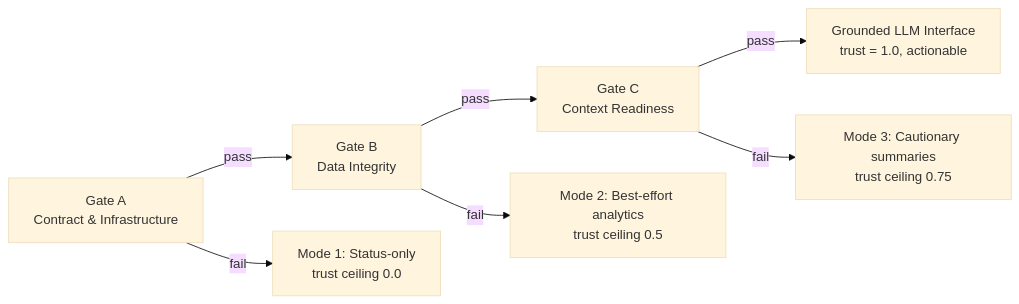
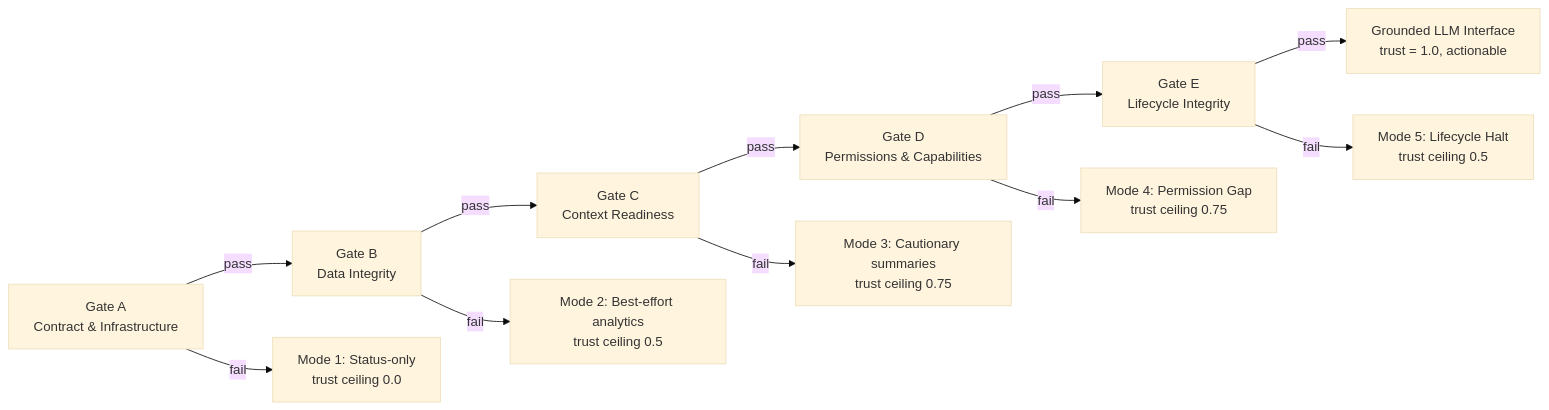
Before and after one commit to brunel-opensim/homepot-client: the diagram in docs/ai-validation-gates.md, drawn with Mermaid (base theme). The commit also changed other lines of this file and 6 other files, not shown here.

````diff
--- a/docs/ai-validation-gates.md
+++ b/docs/ai-validation-gates.md
@@ -20,9 +20,13 @@
 ```mermaid
 flowchart LR
     A[Gate A<br/>Contract & Infrastructure] -->|pass| B[Gate B<br/>Data Integrity]
     B -->|pass| C[Gate C<br/>Context Readiness]
-    C -->|pass| G[Grounded LLM Interface<br/>trust = 1.0, actionable]
+    C -->|pass| D[Gate D<br/>Permissions & Capabilities]
+    D -->|pass| E[Gate E<br/>Lifecycle Integrity]
+    E -->|pass| G[Grounded LLM Interface<br/>trust = 1.0, actionable]
     A -->|fail| M1[Mode 1: Status-only<br/>trust ceiling 0.0]
     B -->|fail| M2[Mode 2: Best-effort analytics<br/>trust ceiling 0.5]
     C -->|fail| M3[Mode 3: Cautionary summaries<br/>trust ceiling 0.75]
+    D -->|fail| M4[Mode 4: Permission Gap<br/>trust ceiling 0.75]
+    E -->|fail| M5[Mode 5: Lifecycle Halt<br/>trust ceiling 0.5]
 ```
````
